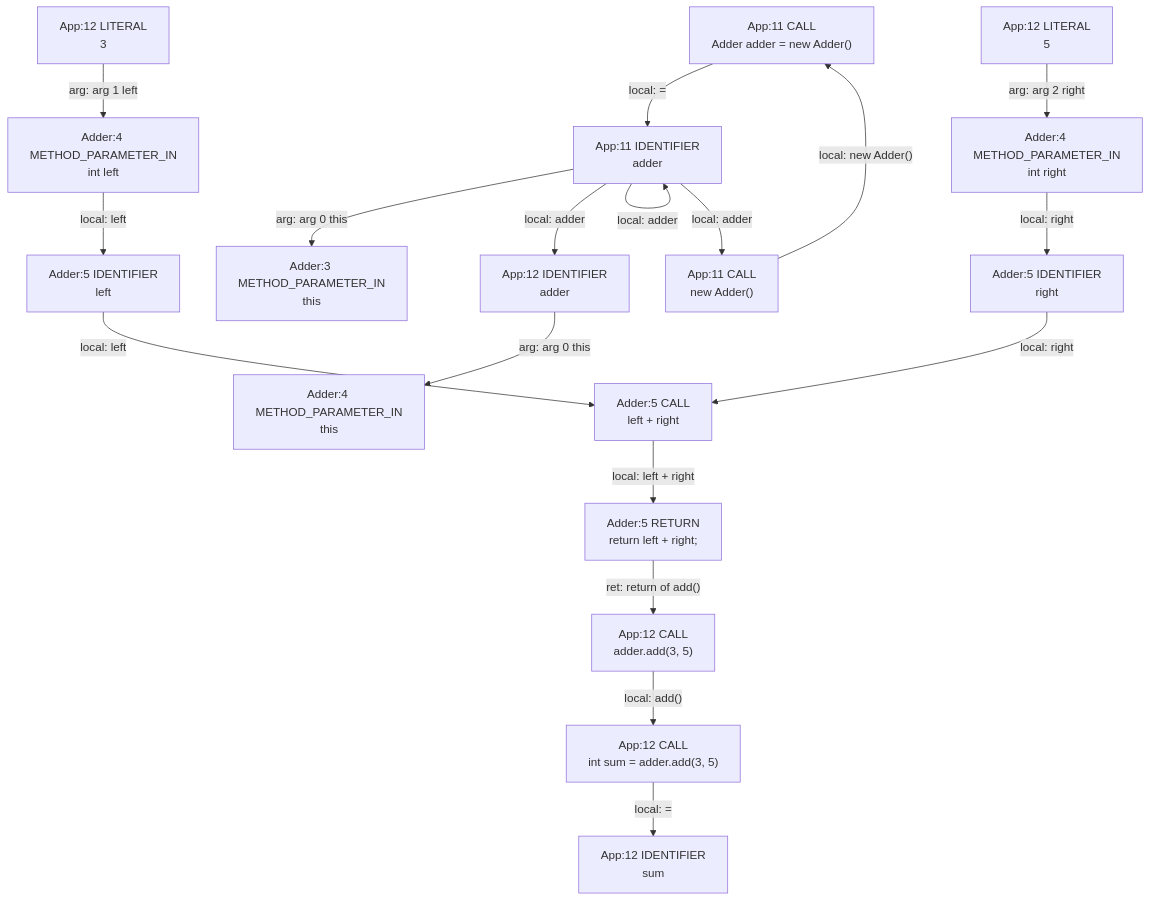
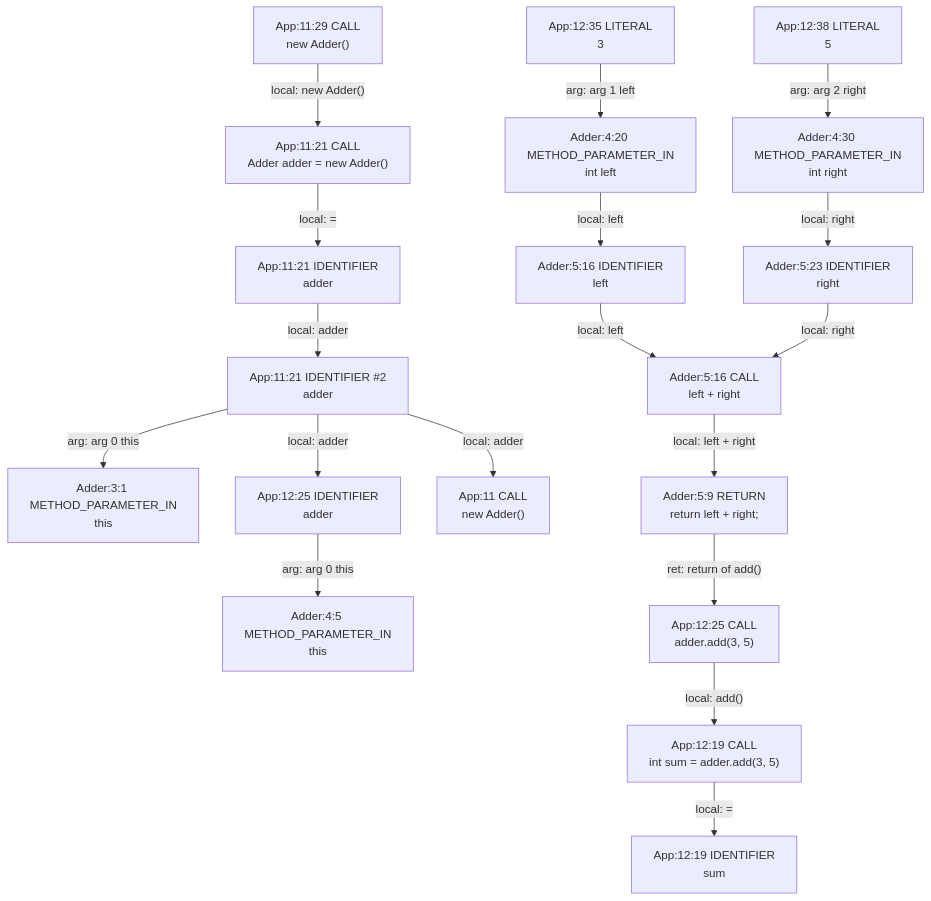
One commit to gstiebler/codeflow changed the diagram in app/src/test/resources/subpackage/spike-truth.md. Above: the diagram before and after it, drawn with Mermaid. The commit also changed 154 other files, not shown here.

````diff
--- a/app/src/test/resources/subpackage/spike-truth.md
+++ b/app/src/test/resources/subpackage/spike-truth.md
@@ -3,37 +3,39 @@
 ```mermaid
 flowchart TD
-  n0["Adder:3 METHOD_PARAMETER_IN<br/>this"]
-  n1["Adder:4 METHOD_PARAMETER_IN<br/>int left"]
-  n2["Adder:4 METHOD_PARAMETER_IN<br/>int right"]
-  n3["Adder:4 METHOD_PARAMETER_IN<br/>this"]
-  n4["Adder:5 CALL<br/>left + right"]
-  n5["Adder:5 IDENTIFIER<br/>left"]
-  n6["Adder:5 IDENTIFIER<br/>right"]
-  n7["Adder:5 RETURN<br/>return left + right;"]
-  n8["App:11 CALL<br/>Adder adder = new Adder()"]
-  n9["App:11 CALL<br/>new Adder()"]
-  n10["App:11 IDENTIFIER<br/>adder"]
-  n11["App:12 CALL<br/>adder.add(3, 5)"]
-  n12["App:12 CALL<br/>int sum = adder.add(3, 5)"]
-  n13["App:12 IDENTIFIER<br/>adder"]
-  n14["App:12 IDENTIFIER<br/>sum"]
-  n15["App:12 LITERAL<br/>3"]
-  n16["App:12 LITERAL<br/>5"]
+  n0["Adder:3:1 METHOD_PARAMETER_IN<br/>this"]
+  n1["Adder:4:20 METHOD_PARAMETER_IN<br/>int left"]
+  n2["Adder:4:30 METHOD_PARAMETER_IN<br/>int right"]
+  n3["Adder:4:5 METHOD_PARAMETER_IN<br/>this"]
+  n4["Adder:5:16 CALL<br/>left + right"]
+  n5["Adder:5:16 IDENTIFIER<br/>left"]
+  n6["Adder:5:23 IDENTIFIER<br/>right"]
+  n7["Adder:5:9 RETURN<br/>return left + right;"]
+  n8["App:11 CALL<br/>new Adder()"]
+  n9["App:11:21 CALL<br/>Adder adder = new Adder()"]
+  n10["App:11:21 IDENTIFIER #2<br/>adder"]
+  n11["App:11:21 IDENTIFIER<br/>adder"]
+  n12["App:11:29 CALL<br/>new Adder()"]
+  n13["App:12:19 CALL<br/>int sum = adder.add(3, 5)"]
+  n14["App:12:19 IDENTIFIER<br/>sum"]
+  n15["App:12:25 CALL<br/>adder.add(3, 5)"]
+  n16["App:12:25 IDENTIFIER<br/>adder"]
+  n17["App:12:35 LITERAL<br/>3"]
+  n18["App:12:38 LITERAL<br/>5"]
   n1 -->|"local: left"| n5
   n10 -->|"arg: arg 0 this"| n0
-  n10 -->|"local: adder"| n10
-  n10 -->|"local: adder"| n13
-  n10 -->|"local: adder"| n9
-  n11 -->|"local: add()"| n12
-  n12 -->|"local: ="| n14
-  n13 -->|"arg: arg 0 this"| n3
-  n15 -->|"arg: arg 1 left"| n1
-  n16 -->|"arg: arg 2 right"| n2
+  n10 -->|"local: adder"| n16
+  n10 -->|"local: adder"| n8
+  n11 -->|"local: adder"| n10
+  n12 -->|"local: new Adder()"| n9
+  n13 -->|"local: ="| n14
+  n15 -->|"local: add()"| n13
+  n16 -->|"arg: arg 0 this"| n3
+  n17 -->|"arg: arg 1 left"| n1
+  n18 -->|"arg: arg 2 right"| n2
   n2 -->|"local: right"| n6
   n4 -->|"local: left + right"| n7
   n5 -->|"local: left"| n4
   n6 -->|"local: right"| n4
-  n7 -->|"ret: return of add()"| n11
-  n8 -->|"local: ="| n10
-  n9 -->|"local: new Adder()"| n8
+  n7 -->|"ret: return of add()"| n15
+  n9 -->|"local: ="| n11
 ```
````
